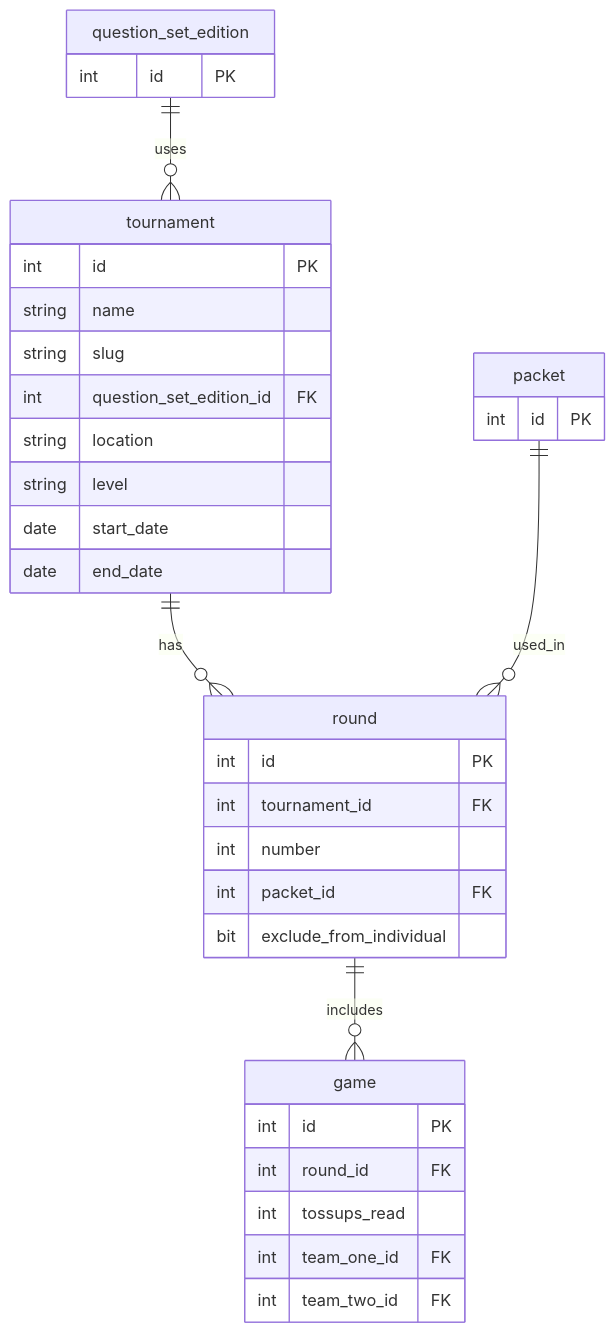
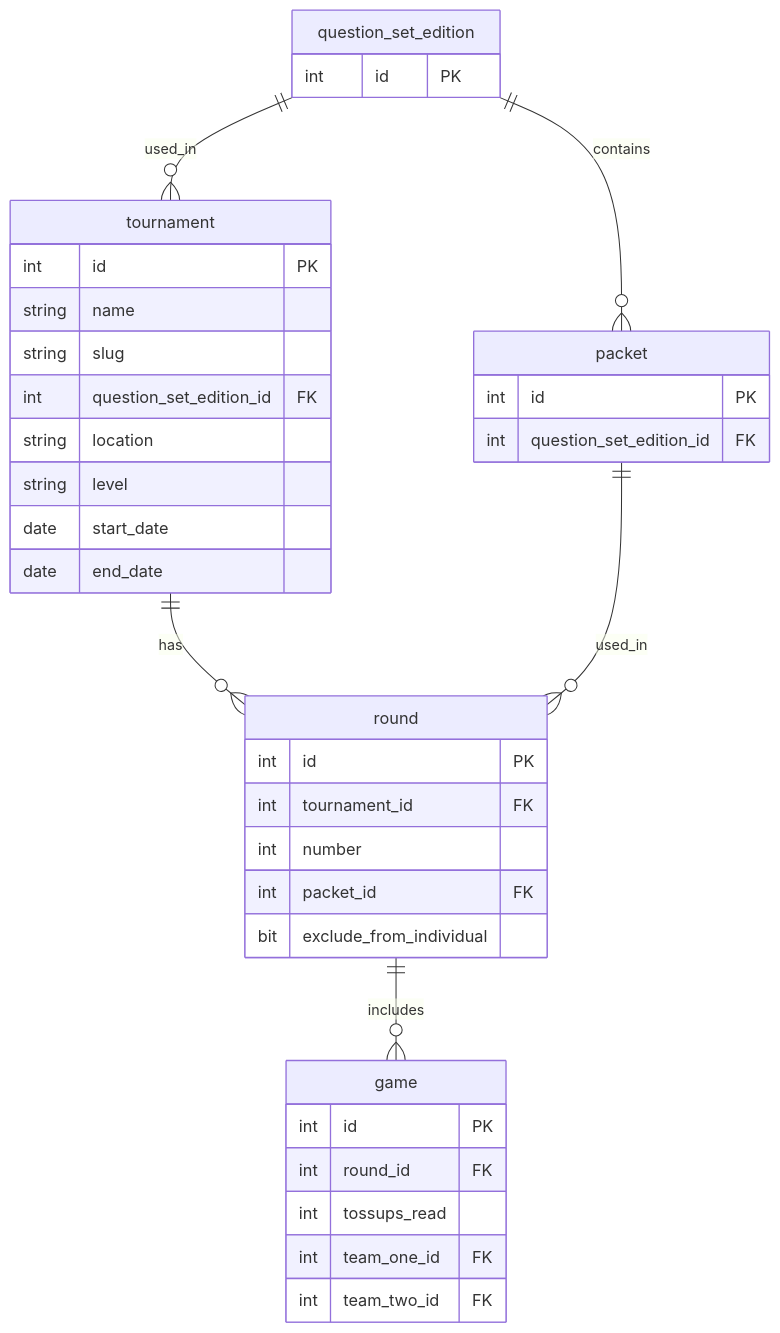
The third of 5 diagrams in docs/structure.md (maharshi95/acf-data), drawn with Mermaid before and after one commit. The commit also changed other lines of this file, not shown here.

````diff
--- a/docs/structure.md
+++ b/docs/structure.md
@@ -148,38 +150,40 @@
 ```mermaid
 erDiagram
     tournament ||--o{ round : has
     round ||--o{ game : includes
-    question_set_edition ||--o{ tournament : uses
+    question_set_edition ||--o{ tournament : used_in
+    question_set_edition ||--o{ packet : contains
     packet ||--o{ round : used_in
 
     tournament {
         int id PK
         string name
         string slug
         int question_set_edition_id FK
         string location
         string level
         date start_date
         date end_date
     }
     round {
         int id PK
         int tournament_id FK
         int number
         int packet_id FK
         bit exclude_from_individual
     }
     game {
         int id PK
         int round_id FK
         int tossups_read
         int team_one_id FK
         int team_two_id FK
     }
     question_set_edition {
         int id PK
     }
     packet {
         int id PK
+        int question_set_edition_id FK
     }
 ```
````
